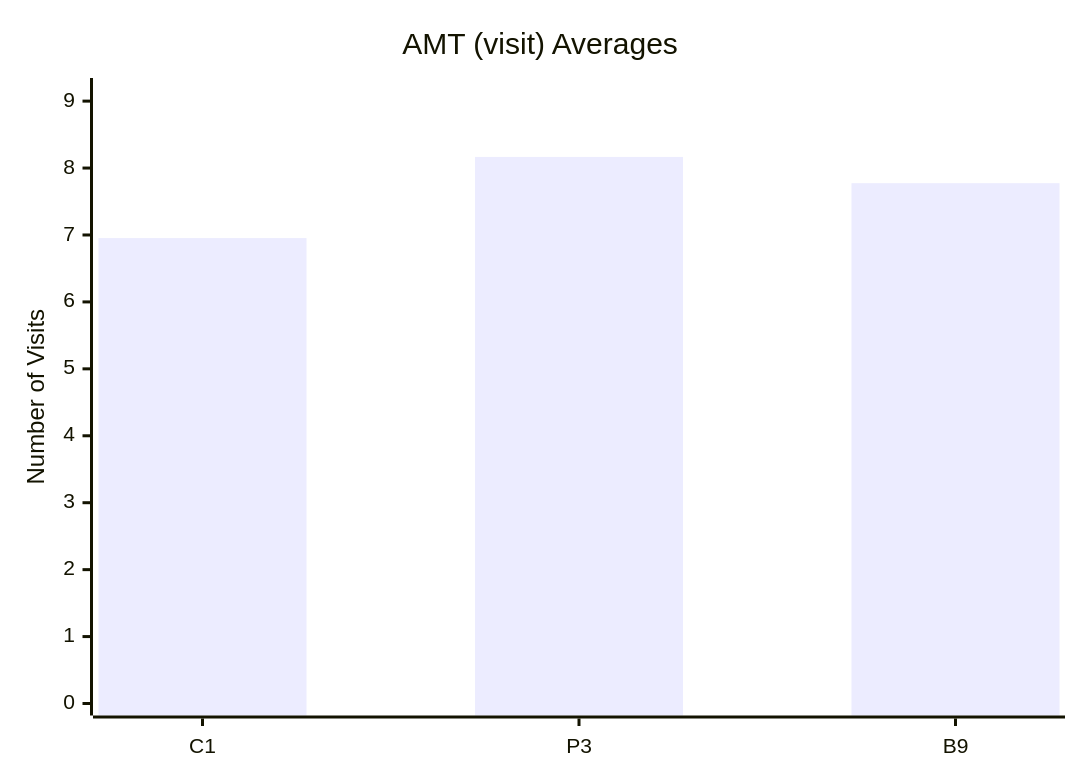
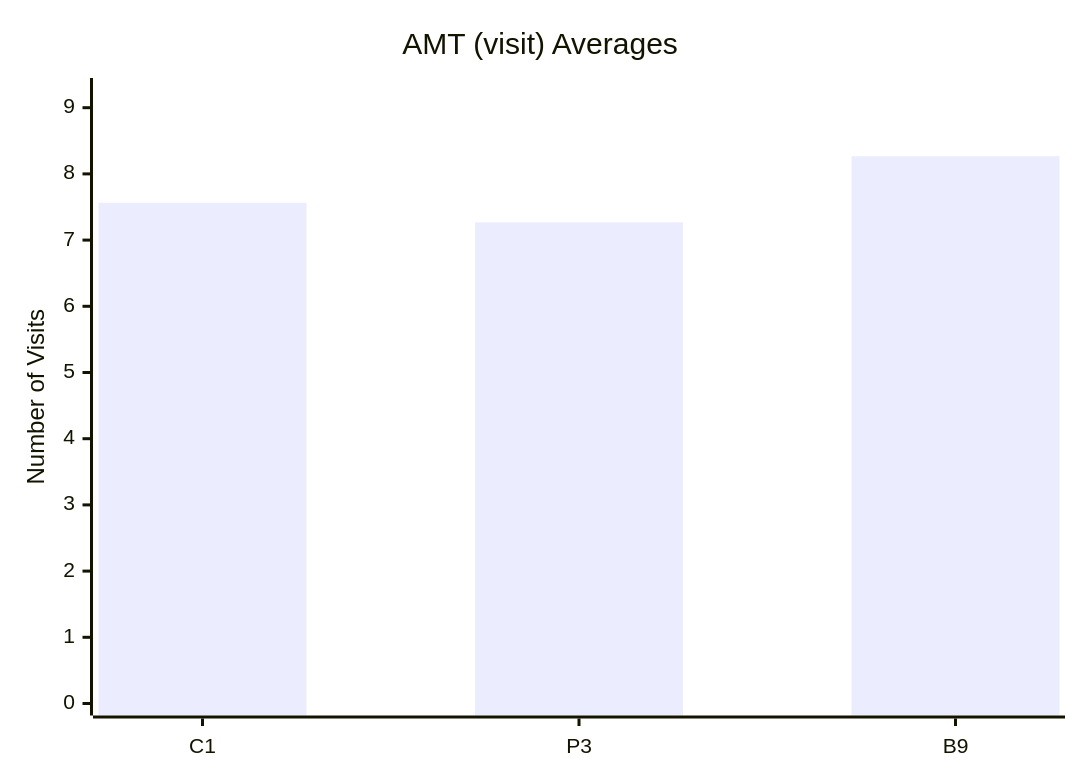
Before and after one commit to dhagan-va/intern-2025: the tenth of 10 diagrams in test-tools/DataGen/src/Statistics_Visualizer.md, drawn with Mermaid. The commit also changed other lines of this file and 1 other file, not shown here.

````diff
--- a/test-tools/DataGen/src/Statistics_Visualizer.md
+++ b/test-tools/DataGen/src/Statistics_Visualizer.md
@@ -106,7 +106,7 @@
 ```mermaid
 xychart-beta
     title "AMT (visit) Averages"
     x-axis ["C1", "P3", "B9"]
-    y-axis "Number of Visits" 0 --> 9.16611295681063
-    bar [6.953488372093023, 8.16611295681063, 7.774086378737541]
+    y-axis "Number of Visits" 0 --> 9.267326732673267
+    bar [7.564356435643564, 7.267326732673268, 8.267326732673267]
 ```
````
